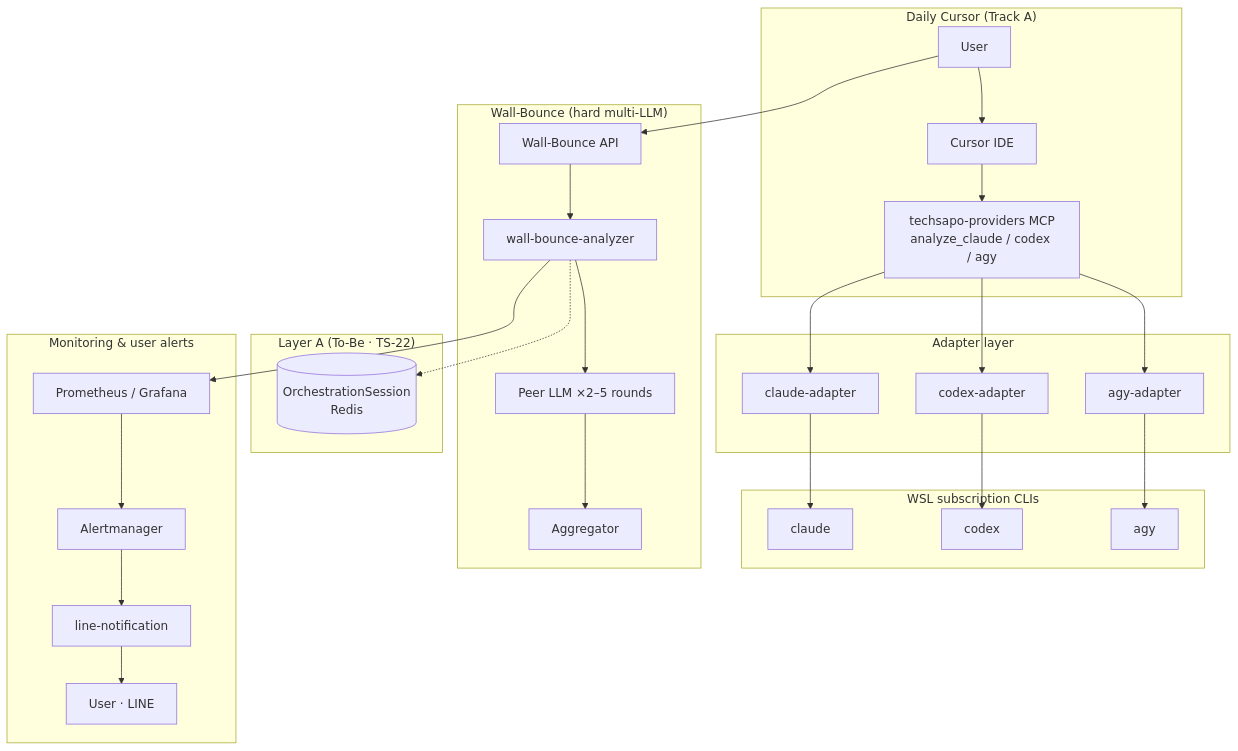
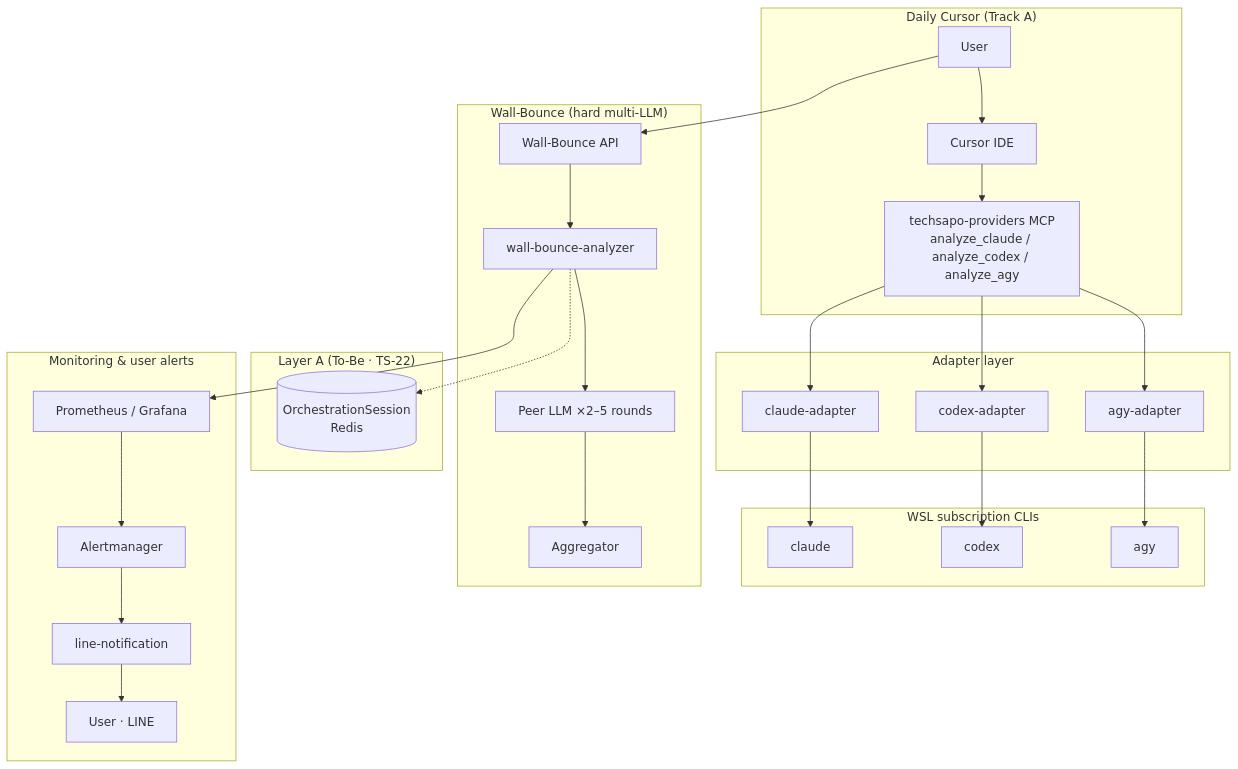
The diagram in README_en.md (wombat2006/techdev-cursor), drawn with Mermaid before and after one commit. The commit also changed other lines of this file and 1 other file, not shown here.

First line of the commit message:
docs: clarify Track B in progress and unify MCP tool names in README

````diff
--- a/README_en.md
+++ b/README_en.md
@@ -39,47 +42,47 @@
 ```mermaid
 flowchart TB
   subgraph trackA["Daily Cursor (Track A)"]
     U1[User]
     CUR[Cursor IDE]
-    MCP[techsapo-providers MCP<br/>analyze_claude / codex / agy]
+    MCP[techsapo-providers MCP<br/>analyze_claude / analyze_codex / analyze_agy]
   end
 
   subgraph adapters["Adapter layer"]
     AD1[claude-adapter]
     AD2[codex-adapter]
     AD3[agy-adapter]
   end
 
   subgraph cli["WSL subscription CLIs"]
     CL[claude]
     CX[codex]
     AG[agy]
   end
 
   subgraph wb["Wall-Bounce (hard multi-LLM)"]
     API[Wall-Bounce API]
     WBA[wall-bounce-analyzer]
     PEER[Peer LLM ×2–5 rounds]
     AGG[Aggregator]
   end
 
   subgraph mem["Layer A (To-Be · TS-22)"]
     REDIS[(OrchestrationSession<br/>Redis)]
   end
 
   subgraph mon["Monitoring & user alerts"]
     PROM[Prometheus / Grafana]
     AM[Alertmanager]
     LN[line-notification]
     U2[User · LINE]
   end
 
   U1 --> CUR --> MCP
   MCP --> AD1 & AD2 & AD3
   AD1 --> CL
   AD2 --> CX
   AD3 --> AG
   U1 --> API --> WBA --> PEER --> AGG
   WBA -.-> REDIS
   WBA --> PROM --> AM --> LN --> U2
 ```
````
